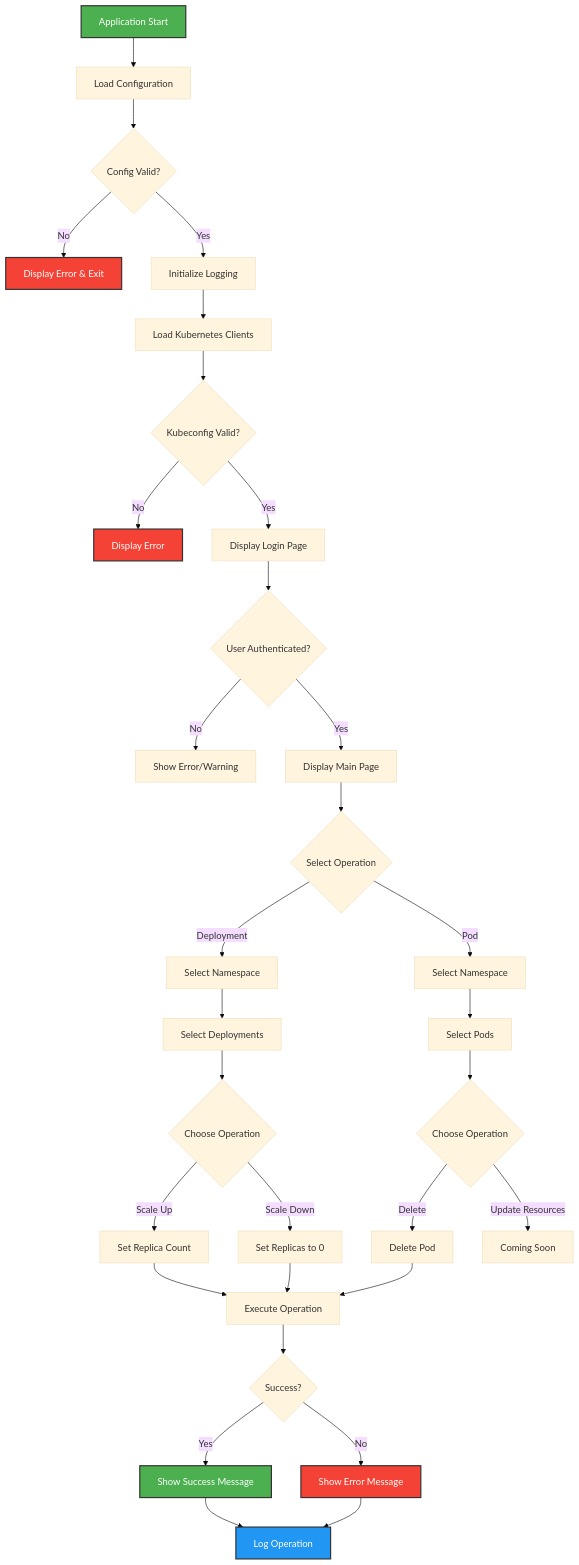
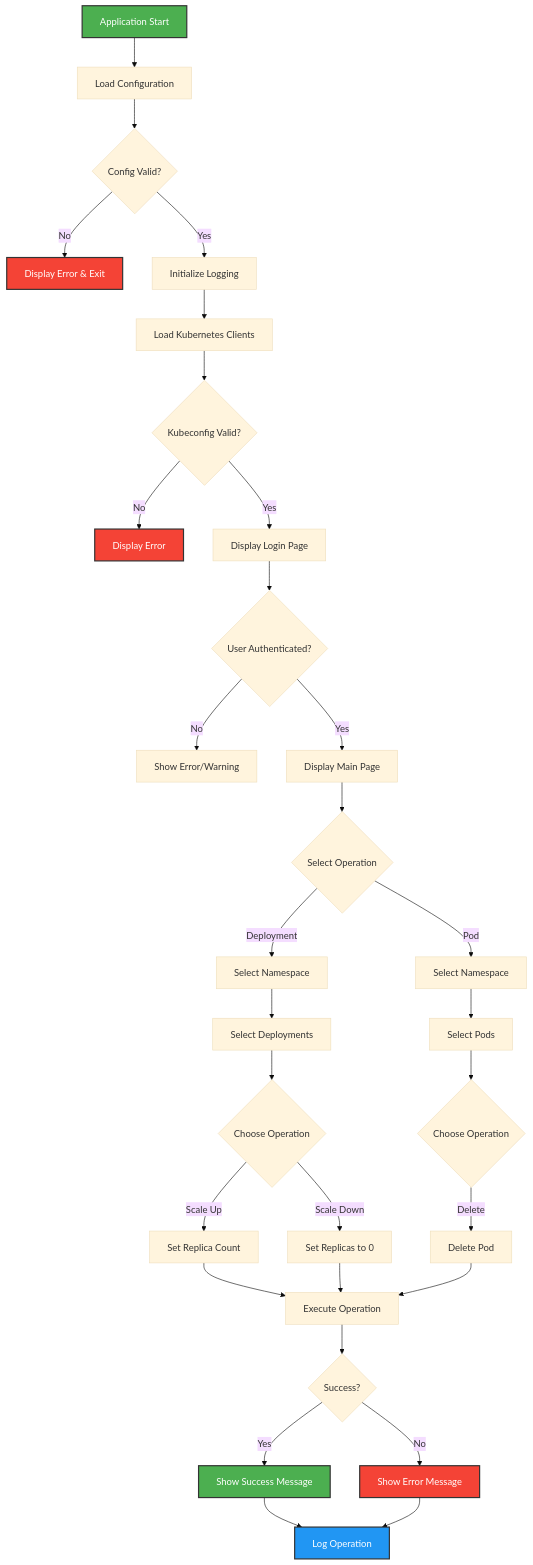
Before and after one commit to jaypatel15406/K8s-Control-Panel-Using-Streamlit: the second of 2 diagrams in README.md, drawn with Mermaid (base theme). The commit also changed other lines of this file and 8 other files, not shown here.

````diff
--- a/README.md
+++ b/README.md
@@ -75,40 +87,39 @@
 ```mermaid
 flowchart TD
     A[Application Start] --> B[Load Configuration]
     B --> C{Config Valid?}
     C -->|No| D[Display Error & Exit]
     C -->|Yes| E[Initialize Logging]
     E --> F[Load Kubernetes Clients]
     F --> G{Kubeconfig Valid?}
     G -->|No| H[Display Error]
     G -->|Yes| I[Display Login Page]
     I --> J{User Authenticated?}
     J -->|No| K[Show Error/Warning]
     J -->|Yes| L[Display Main Page]
     L --> M{Select Operation}
     M -->|Deployment| N[Select Namespace]
     M -->|Pod| O[Select Namespace]
     N --> P[Select Deployments]
     O --> Q[Select Pods]
     P --> R{Choose Operation}
     Q --> S{Choose Operation}
     R -->|Scale Up| T[Set Replica Count]
     R -->|Scale Down| U[Set Replicas to 0]
     S -->|Delete| V[Delete Pod]
-    S -->|Update Resources| W[Coming Soon]
     T --> X[Execute Operation]
     U --> X
     V --> X
     X --> Y{Success?}
     Y -->|Yes| Z[Show Success Message]
     Y -->|No| AA[Show Error Message]
     Z --> AB[Log Operation]
     AA --> AB
     
     style A fill:#4CAF50,stroke:#333,stroke-width:2px,color:#fff
     style D fill:#f44336,stroke:#333,stroke-width:2px,color:#fff
     style H fill:#f44336,stroke:#333,stroke-width:2px,color:#fff
     style Z fill:#4CAF50,stroke:#333,stroke-width:2px,color:#fff
     style AA fill:#f44336,stroke:#333,stroke-width:2px,color:#fff
     style AB fill:#2196F3,stroke:#333,stroke-width:2px,color:#fff
 ```
````
